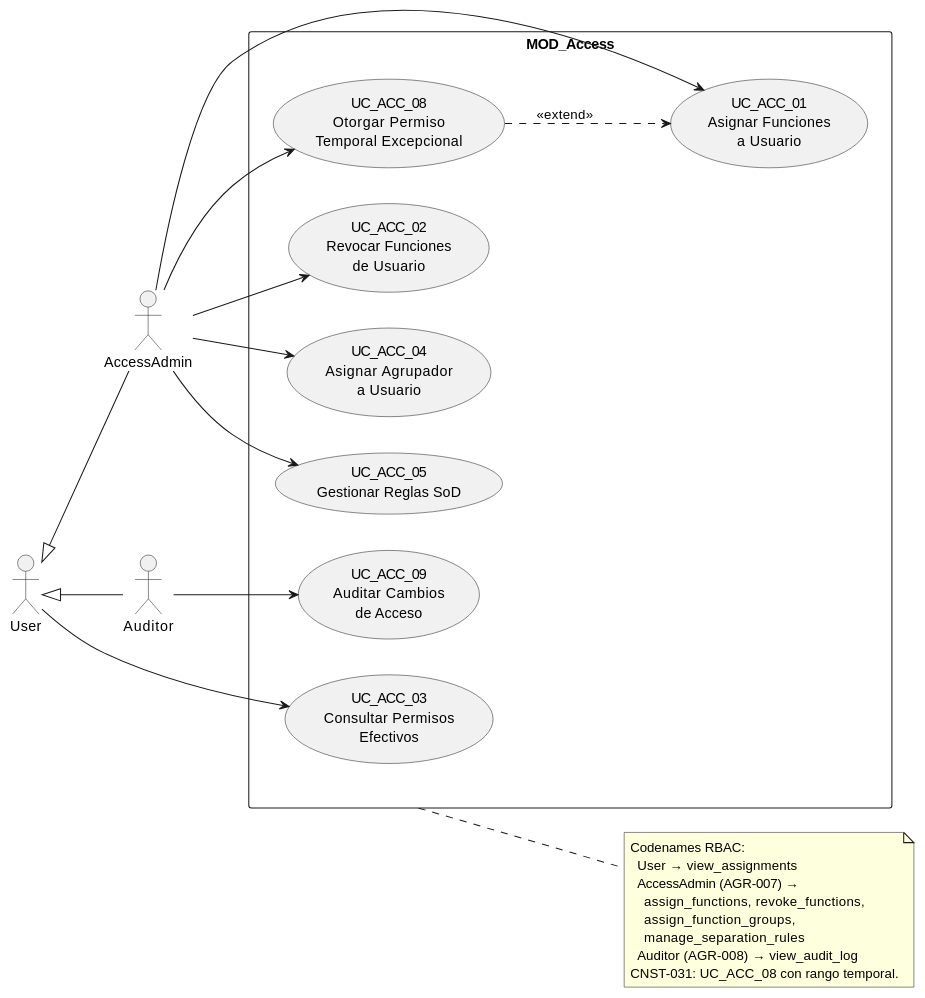
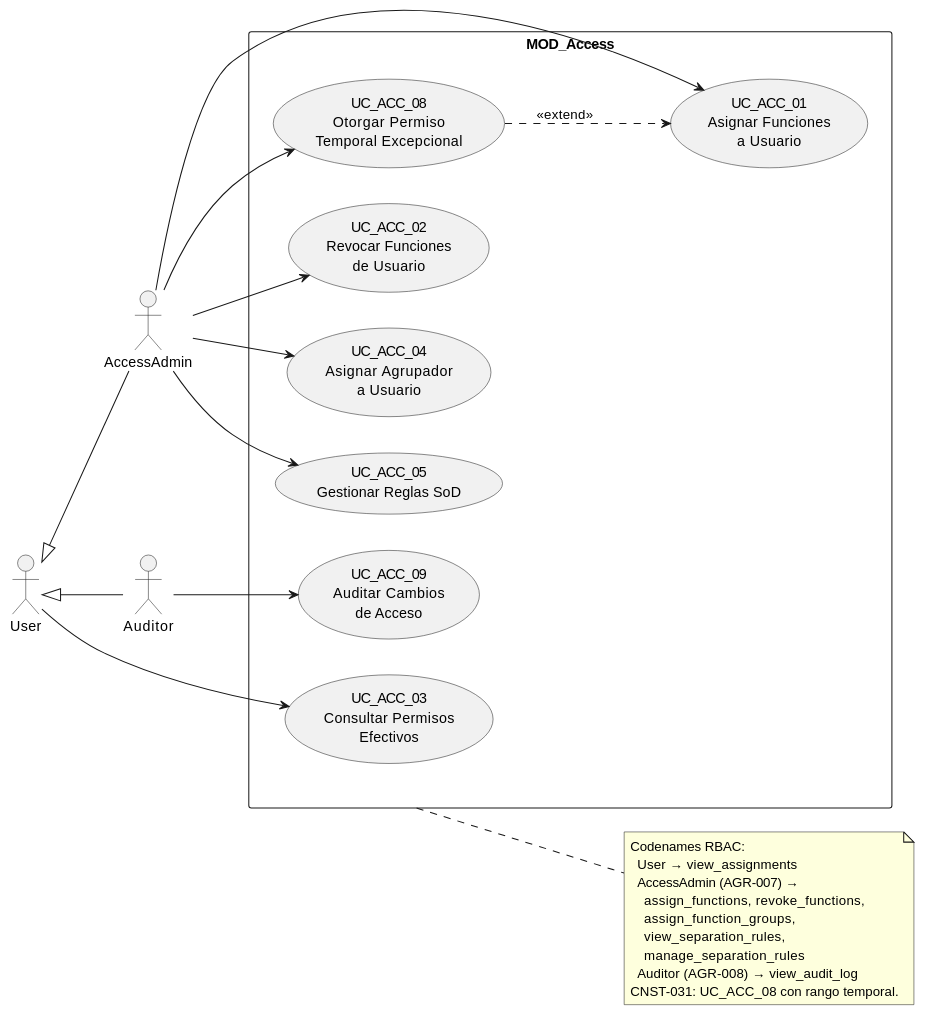
One commit to jcg-admin/IACT-docs changed the diagram in source/arquitectura-tecnica/use-case-view/uc-access.rst. Above: the diagram before and after it, drawn with PlantUML. The commit also changed 3 other files, not shown here.

```diff
--- a/source/arquitectura-tecnica/use-case-view/uc-access.rst
+++ b/source/arquitectura-tecnica/use-case-view/uc-access.rst
@@ -24,46 +24,47 @@
 .. uml::
  :caption: MOD_Access — AccessAdmin gestiona asignaciones;
            Auditor lee.
 
  @startuml
  left to right direction
 
  actor User
  actor AccessAdmin
  actor Auditor
 
  User <|-- AccessAdmin
  User <|-- Auditor
 
  rectangle "MOD_Access" {
    usecase "UC_ACC_01\nAsignar Funciones\na Usuario" as UC_ACC_01
    usecase "UC_ACC_02\nRevocar Funciones\nde Usuario" as UC_ACC_02
    usecase "UC_ACC_03\nConsultar Permisos\nEfectivos" as UC_ACC_03
    usecase "UC_ACC_04\nAsignar Agrupador\na Usuario" as UC_ACC_04
    usecase "UC_ACC_05\nGestionar Reglas SoD" as UC_ACC_05
    usecase "UC_ACC_08\nOtorgar Permiso\nTemporal Excepcional" as UC_ACC_08
    usecase "UC_ACC_09\nAuditar Cambios\nde Acceso" as UC_ACC_09
  }
 
  User        --> UC_ACC_03
  AccessAdmin --> UC_ACC_01
  AccessAdmin --> UC_ACC_02
  AccessAdmin --> UC_ACC_04
  AccessAdmin --> UC_ACC_05
  AccessAdmin --> UC_ACC_08
  Auditor     --> UC_ACC_09
 
  UC_ACC_08 ..> UC_ACC_01 : <<extend>>
 
  note right of MOD_Access
    Codenames RBAC:
      User → view_assignments
      AccessAdmin (AGR-007) →
        assign_functions, revoke_functions,
        assign_function_groups,
+       view_separation_rules,
        manage_separation_rules
      Auditor (AGR-008) → view_audit_log
    CNST-031: UC_ACC_08 con rango temporal.
  end note
 
  @enduml
```
